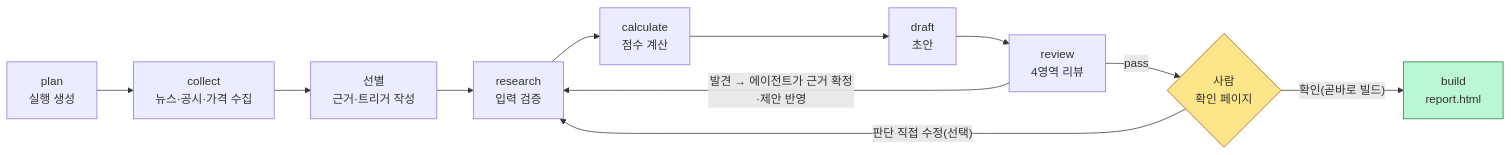
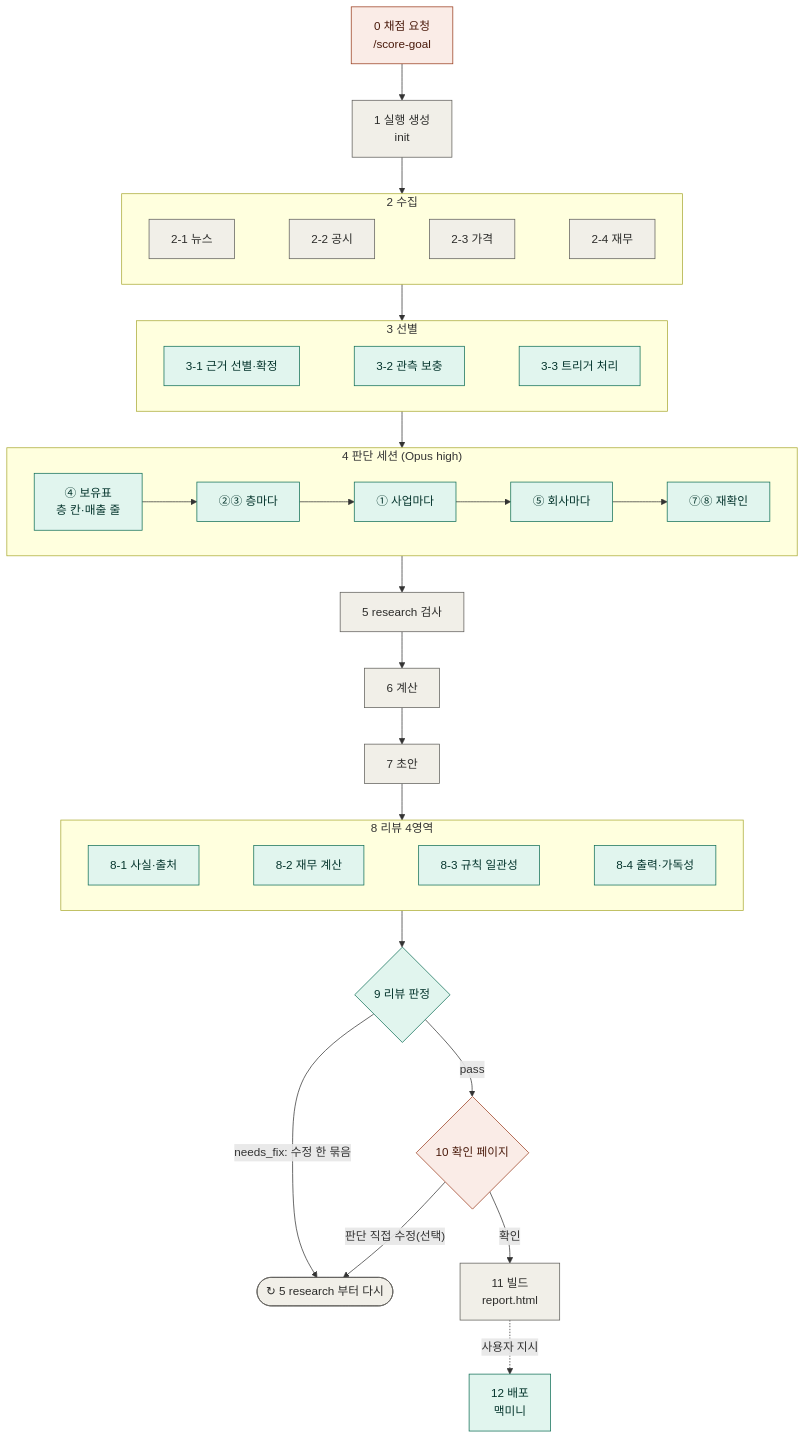
Before and after one commit to HANSOLJJ/stock-report-harness: the first of 6 diagrams in docs/scorecard/guide.md, drawn with Mermaid. The commit also changed other lines of this file and 1 other file, not shown here.

Commit message:
docs: 실행 흐름을 단계 카드 문서와 mermaid 명세로 정리한다
guide.md 1절의 흐름도를 단계 번호가 붙은 mermaid 흐름도로 바꾸고, 그 아래에
단계별 주체·모델·자료·산출·회사 선택 가능 여부 표를 넣었다. 같은 내용을 단계
카드로 보여 주는 docs/scorecard/workflow.html 을 따로 두었다(GitHub 는 md 안의
CSS 를 지우므로 카드 모양은 별도 HTML 로 남긴다).

````diff
--- a/docs/scorecard/guide.md
+++ b/docs/scorecard/guide.md
@@ -11,15 +11,33 @@
 ```mermaid
-flowchart LR
-    A["plan<br/>실행 생성"] --> B["collect<br/>뉴스·공시·가격 수집"]
-    B --> C["선별<br/>근거·트리거 작성"]
-    C --> D["research<br/>입력 검증"]
-    D --> E["calculate<br/>점수 계산"]
-    E --> F["draft<br/>초안"]
-    F --> G["review<br/>4영역 리뷰"]
-    G -- "발견 → 에이전트가 근거 확정·제안 반영" --> D
-    G -- "pass" --> H{"사람<br/>확인 페이지"}
-    H -- "판단 직접 수정(선택)" --> D
-    H -- "확인(곧바로 빌드)" --> I["build<br/>report.html"]
-    style H fill:#fde68a,stroke:#b45309
-    style I fill:#bbf7d0,stroke:#15803d
+flowchart TD
+    S0["0 채점 요청<br/>/score-goal"] --> S1["1 실행 생성<br/>init"]
+    subgraph C["2 수집"]
+        direction LR
+        C1["2-1 뉴스"] ~~~ C2["2-2 공시"] ~~~ C3["2-3 가격"] ~~~ C4["2-4 재무"]
+    end
+    subgraph E["3 선별"]
+        direction LR
+        E1["3-1 근거 선별·확정"] ~~~ E2["3-2 관측 보충"] ~~~ E3["3-3 트리거 처리"]
+    end
+    subgraph J["4 판단 세션 (Opus high)"]
+        direction LR
+        J4["④ 보유표<br/>층 칸·매출 줄"] --> J23["②③ 층마다"] --> J1["① 사업마다"] --> J5["⑤ 회사마다"] --> J78["⑦⑧ 재확인"]
+    end
+    subgraph V["8 리뷰 4영역"]
+        direction LR
+        V1["8-1 사실·출처"] ~~~ V2["8-2 재무 계산"] ~~~ V3["8-3 규칙 일관성"] ~~~ V4["8-4 출력·가독성"]
+    end
+    S1 --> C --> E --> J --> R5["5 research 검사"] --> R6["6 계산"] --> R7["7 초안"] --> V --> V9{"9 리뷰 판정"}
+    V9 -- "needs_fix: 수정 한 묶음" --> L5(["↻ 5 research 부터 다시"])
+    V9 -- "pass" --> H10{"10 확인 페이지"}
+    H10 -- "판단 직접 수정(선택)" --> L5
+    H10 -- "확인" --> B11["11 빌드<br/>report.html"]
+    B11 -.->|사용자 지시| D12["12 배포<br/>맥미니"]
+    classDef code fill:#F1EFE8,stroke:#5F5E5A,color:#2C2C2A
+    classDef agent fill:#E1F5EE,stroke:#0F6E56,color:#04342C
+    classDef human fill:#FAECE7,stroke:#993C1D,color:#4A1B0C
+    class S1,C1,C2,C3,C4,R5,R6,R7,B11 code
+    class E1,E2,E3,J4,J23,J1,J5,J78,V1,V2,V3,V4,V9,D12 agent
+    class S0,H10 human
+    class L5 code
 ```
````
